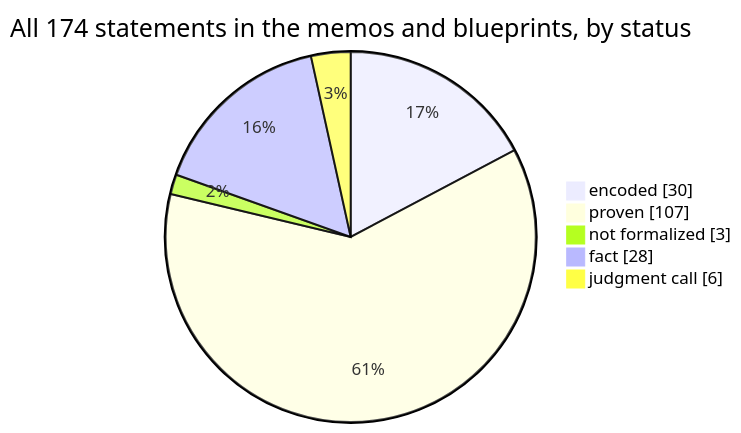
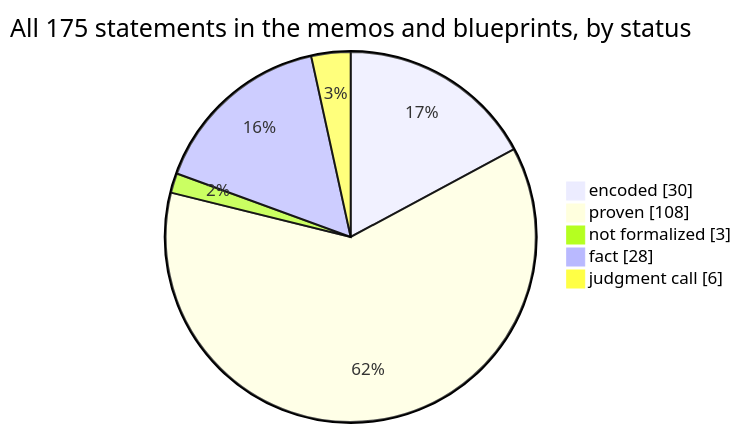
One commit to SeanWMurray/Canteen changed the first of 4 diagrams in docs/graphs/dashboard.md. Above: the diagram before and after it, drawn with Mermaid. The commit also changed other lines of this file and 14 other files, not shown here.

````diff
--- a/docs/graphs/dashboard.md
+++ b/docs/graphs/dashboard.md
@@ -11,8 +11,8 @@
 ```mermaid
-pie showData title All 174 statements in the memos and blueprints, by status
+pie showData title All 175 statements in the memos and blueprints, by status
     "encoded" : 30
-    "proven" : 107
+    "proven" : 108
     "not formalized" : 3
     "fact" : 28
     "judgment call" : 6
 ```
````
